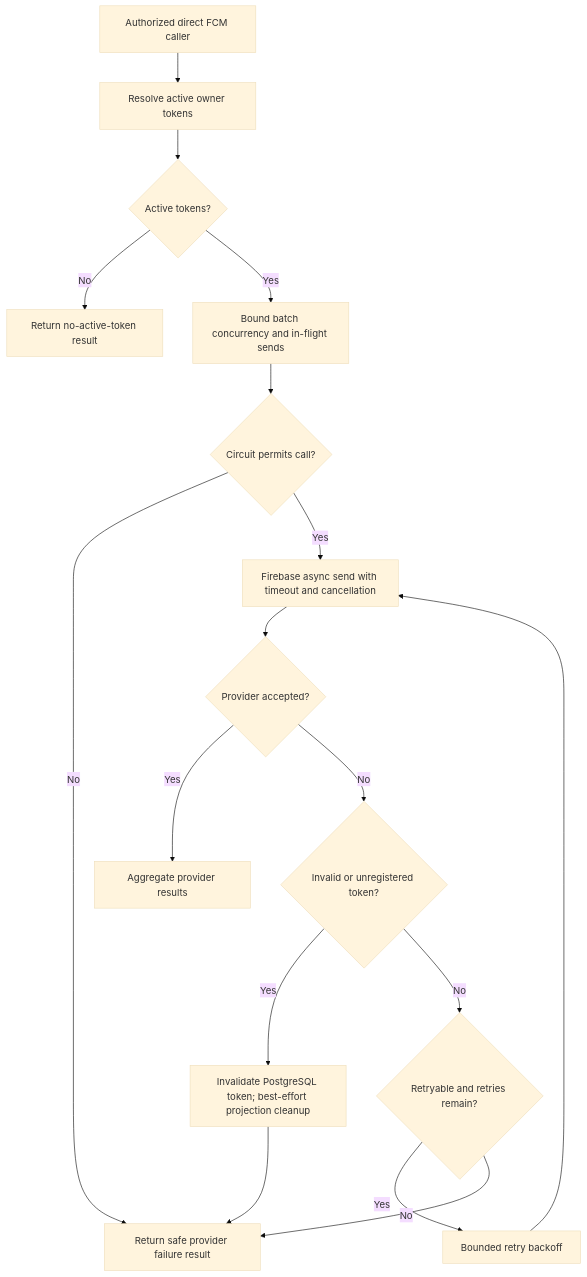
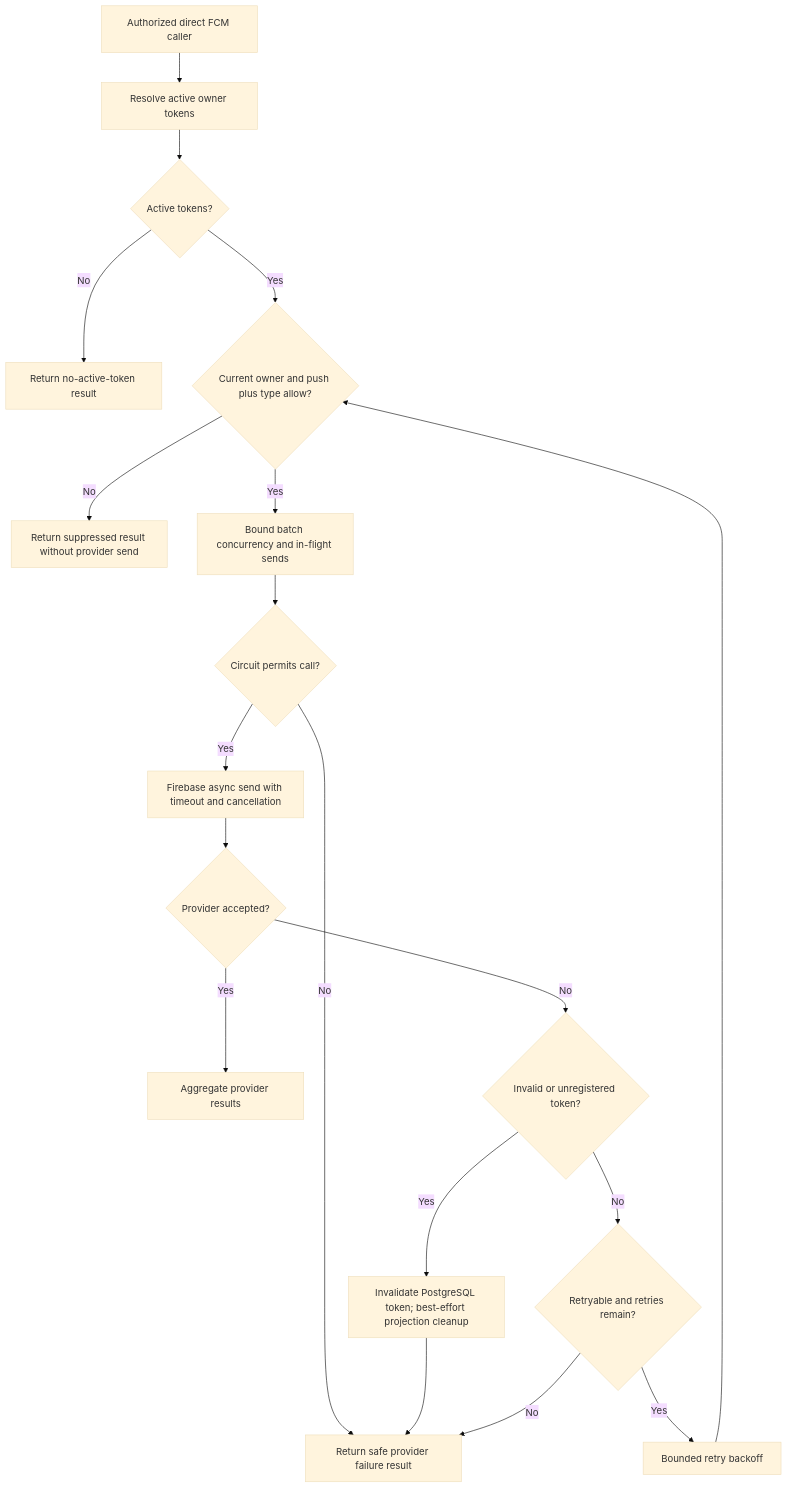
Before and after one commit to younessFathi/auto-parto: diagram 19 of 32 in docs/technical-workflows.md, drawn with Mermaid (base theme). The commit also changed other lines of this file and 28 other files, not shown here.

````diff
--- a/docs/technical-workflows.md
+++ b/docs/technical-workflows.md
@@ -501,19 +501,21 @@
 ```mermaid
 flowchart TD
     CALL["Authorized direct FCM caller"] --> TOKENS["Resolve active owner tokens"]
     TOKENS --> ANY{"Active tokens?"}
     ANY -->|No| NONE["Return no-active-token result"]
-    ANY -->|Yes| LIMIT["Bound batch concurrency and in-flight sends"]
+    ANY -->|Yes| PREFS{"Current owner and push plus type allow?"}
+    PREFS -->|No| SUPPRESS["Return suppressed result without provider send"]
+    PREFS -->|Yes| LIMIT["Bound batch concurrency and in-flight sends"]
     LIMIT --> BREAKER{"Circuit permits call?"}
     BREAKER -->|No| FAILED["Return safe provider failure result"]
     BREAKER -->|Yes| SEND["Firebase async send with timeout and cancellation"]
     SEND --> SUCCESS{"Provider accepted?"}
     SUCCESS -->|Yes| RESULT["Aggregate provider results"]
     SUCCESS -->|No| INVALID{"Invalid or unregistered token?"}
     INVALID -->|Yes| MARK["Invalidate PostgreSQL token; best-effort projection cleanup"]
     MARK --> FAILED
     INVALID -->|No| RETRY{"Retryable and retries remain?"}
     RETRY -->|Yes| BACKOFF["Bounded retry backoff"]
-    BACKOFF --> SEND
+    BACKOFF --> PREFS
     RETRY -->|No| FAILED
 ```
````
